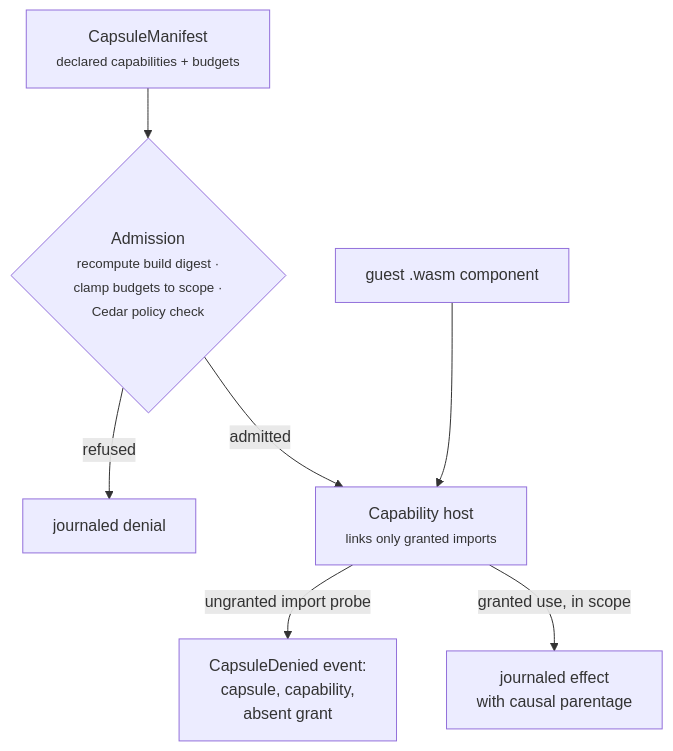
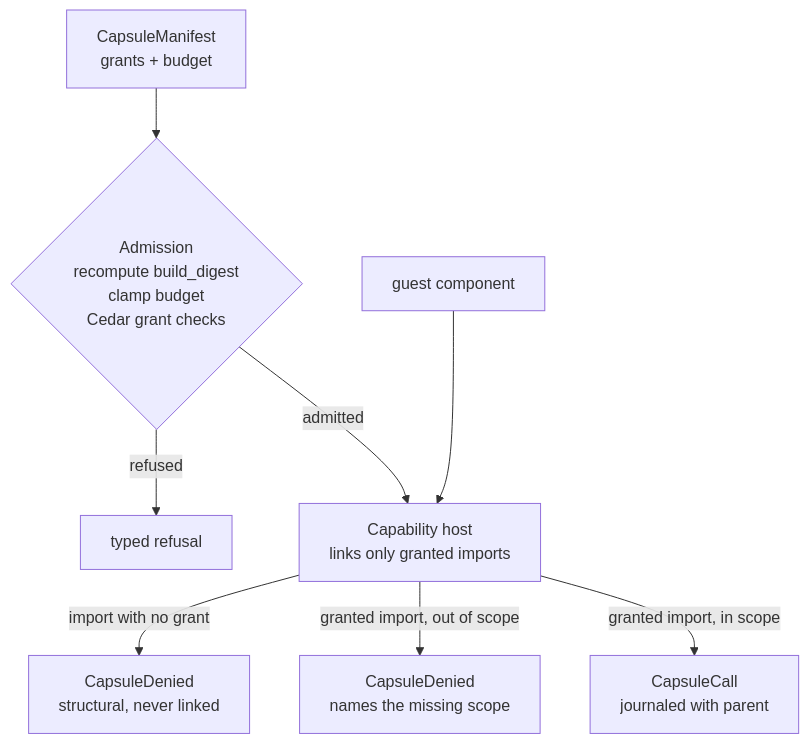
The diagram in aboutrusty/guide/07-capsules.md (dev-amjad-shaikh/aboutrusty-site), drawn with Mermaid before and after one commit. The commit also changed other lines of this file and 9 other files, not shown here.

````diff
--- a/aboutrusty/guide/07-capsules.md
+++ b/aboutrusty/guide/07-capsules.md
@@ -41,9 +41,10 @@
 ```mermaid
 flowchart TB
-    M["CapsuleManifest<br><small>declared capabilities + budgets</small>"] --> AD{"Admission<br><small>recompute build digest ·<br>clamp budgets to scope ·<br>Cedar policy check</small>"}
-    AD -->|"refused"| DENY["journaled denial"]
-    AD -->|"admitted"| HOST["Capability host<br><small>links only granted imports</small>"]
-    GUEST["guest .wasm component"] --> HOST
-    HOST -->|"ungranted import probe"| DENY2["CapsuleDenied event:<br>capsule, capability,<br>absent grant"]
-    HOST -->|"granted use, in scope"| USE["journaled effect<br>with causal parentage"]
+    M["CapsuleManifest<br>grants + budget"] --> AD{"Admission<br>recompute build_digest<br>clamp budget<br>Cedar grant checks"}
+    AD -->|"refused"| DENY["typed refusal"]
+    AD -->|"admitted"| HOST["Capability host<br>links only granted imports"]
+    GUEST["guest component"] --> HOST
+    HOST -->|"import with no grant"| D1["CapsuleDenied<br>structural, never linked"]
+    HOST -->|"granted import, out of scope"| D2["CapsuleDenied<br>names the missing scope"]
+    HOST -->|"granted import, in scope"| USE["CapsuleCall<br>journaled with parent"]
 ```
````
